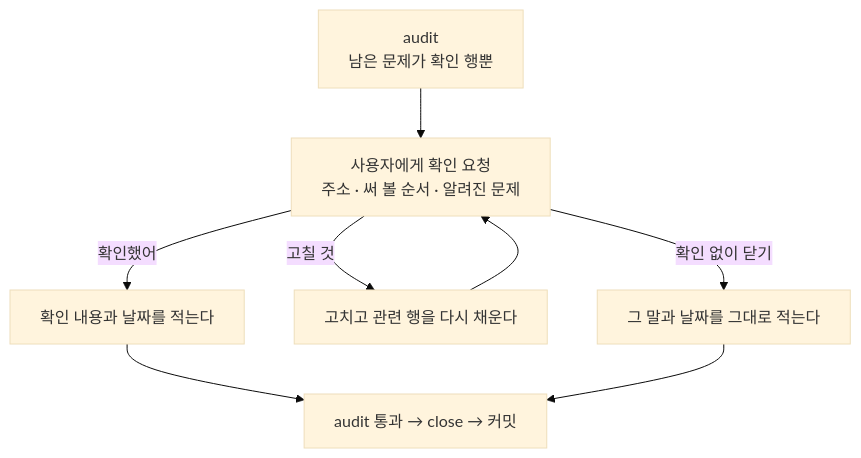
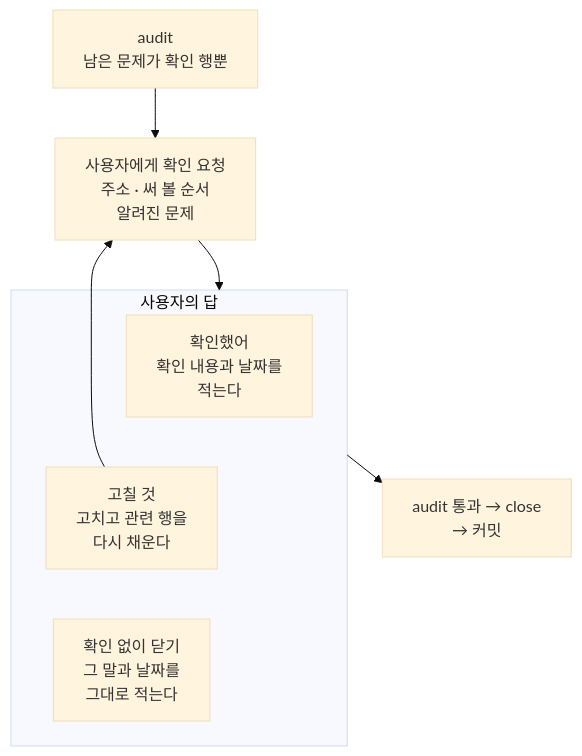
The diagram in handbook/concepts/audit-and-confirm.md (roadkwon-ai/pro-kit), drawn with Mermaid (base theme) before and after one commit. The commit also changed 26 other files, not shown here.

````diff
--- a/handbook/concepts/audit-and-confirm.md
+++ b/handbook/concepts/audit-and-confirm.md
@@ -114,15 +114,15 @@
 ```mermaid
 ---
 config:
   flowchart:
-    wrappingWidth: 220
+    wrappingWidth: 160
 ---
 flowchart TB
-  A["audit<br/>남은 문제가 확인 행뿐"] --> Q["사용자에게 확인 요청<br/>주소 · 써 볼 순서 · 알려진 문제"]
-  Q -->|"확인했어"| W["확인 내용과 날짜를 적는다"]
-  Q -->|"고칠 것"| F["고치고 관련 행을 다시 채운다"]
+  A["audit<br/>남은 문제가 확인 행뿐"] --> Q["사용자에게 확인 요청<br/>주소 · 써 볼 순서<br/>알려진 문제"]
+  Q --> B
+  subgraph B["사용자의 답"]
+    W["확인했어<br/>확인 내용과 날짜를<br/>적는다"] ~~~ F["고칠 것<br/>고치고 관련 행을<br/>다시 채운다"] ~~~ S["확인 없이 닫기<br/>그 말과 날짜를<br/>그대로 적는다"]
+  end
   F --> Q
-  Q -->|"확인 없이 닫기"| S["그 말과 날짜를 그대로 적는다"]
-  W --> C["audit 통과 → close → 커밋"]
-  S --> C
+  B --> C["audit 통과 → close<br/>→ 커밋"]
 ```
````
